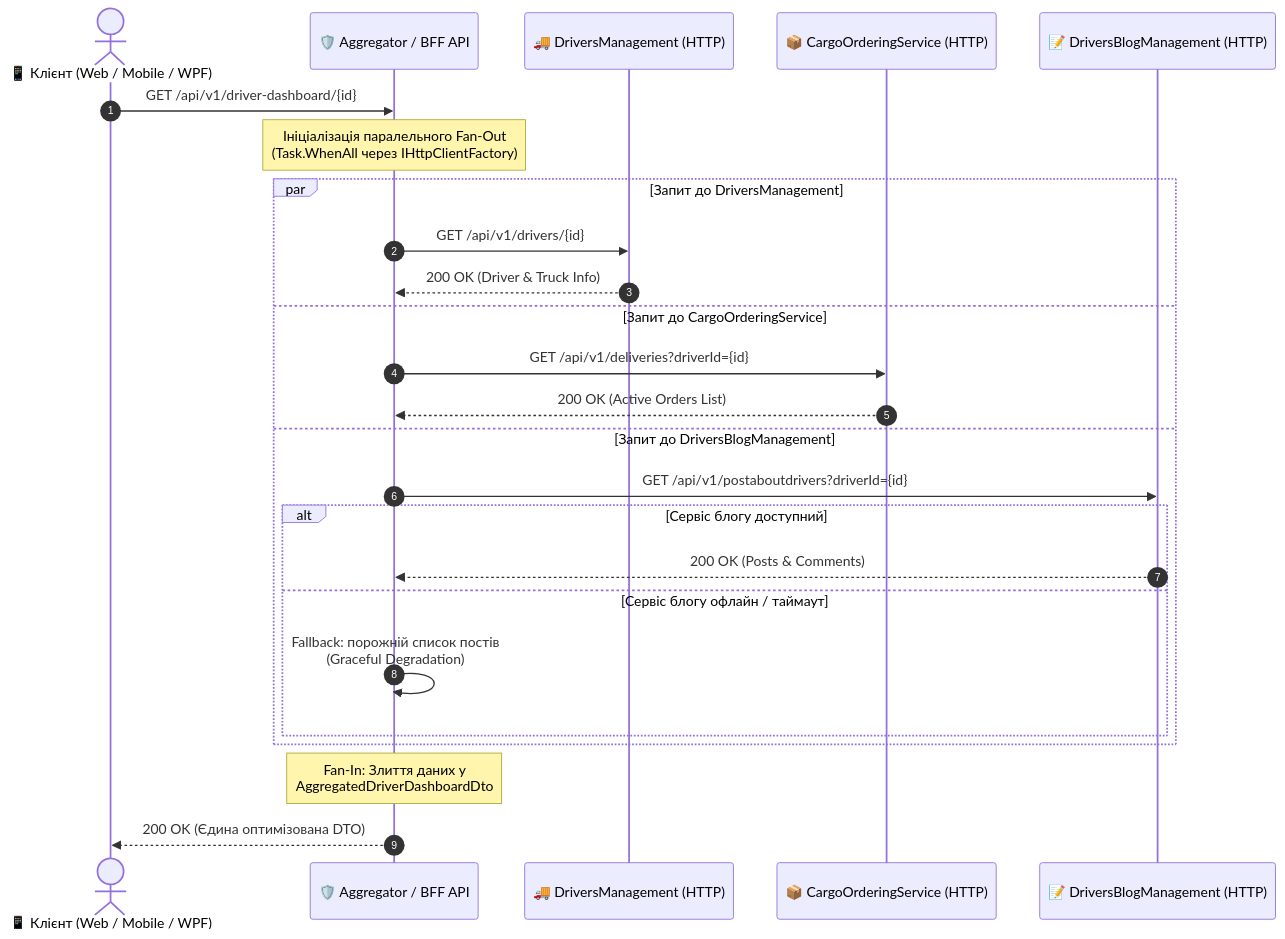
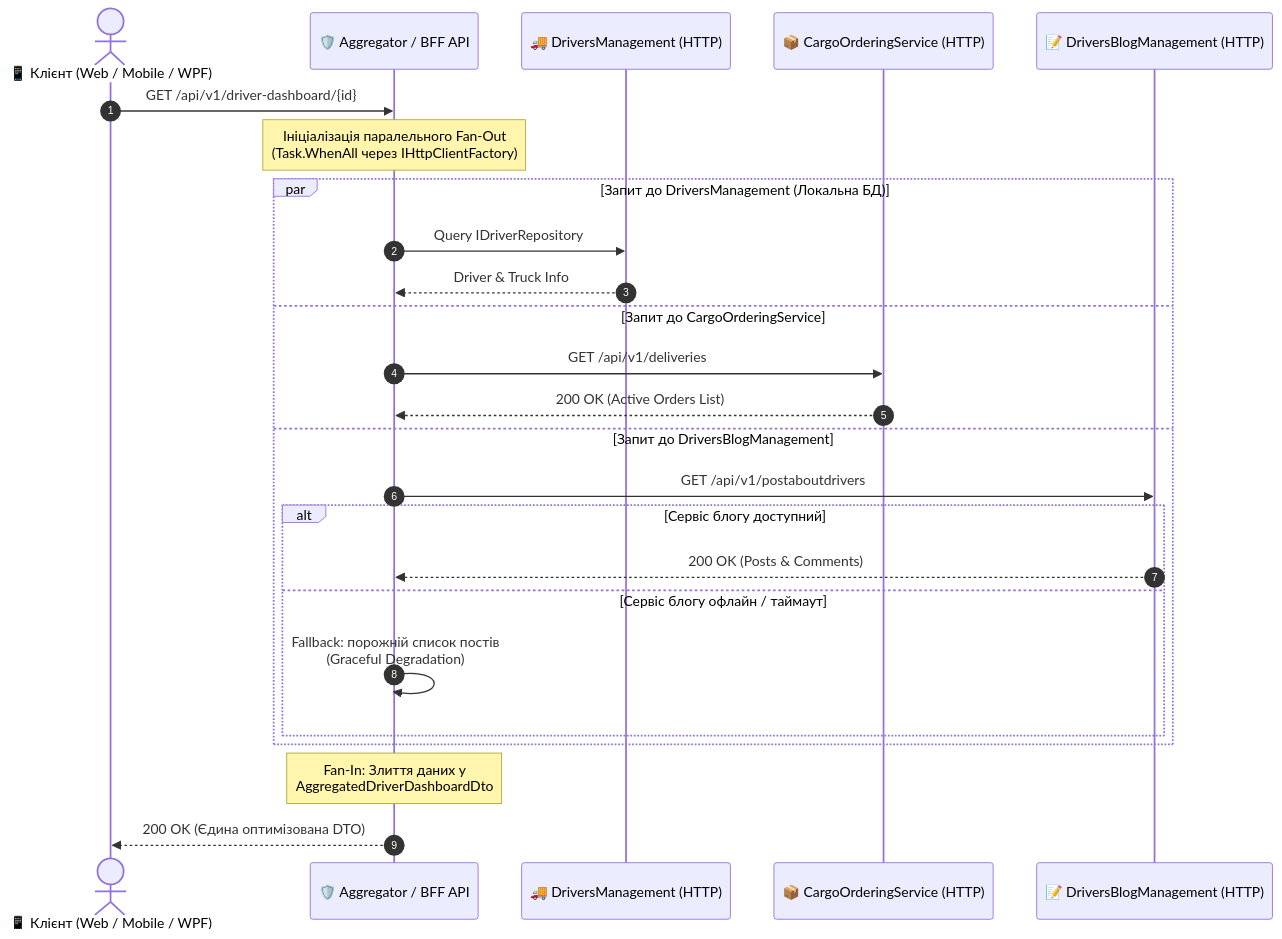
The first of 2 diagrams in 02-Microservices-Craftsman/02-02-Communication-Documentation/02_Patterns_Synchronous_HttpClient_Aggregator_BFF.md (MrTomkaYurii/Demo-CargoDeliveryService), drawn with Mermaid before and after one commit. The commit also changed other lines of this file and 33 other files, not shown here.

Commit message:
feat(communication): complete pedagogical communication guides (HTTP BFF Aggregator, gRPC, MassTransit) with deep diagrams, code buttons, and Ukrainian comments

````diff
--- a/02-Microservices-Craftsman/02-02-Communication-Documentation/02_Patterns_Synchronous_HttpClient_Aggregator_BFF.md
+++ b/02-Microservices-Craftsman/02-02-Communication-Documentation/02_Patterns_Synchronous_HttpClient_Aggregator_BFF.md
@@ -42,30 +44,30 @@
 ```mermaid
 sequenceDiagram
     autonumber
     actor UI as 📱 Клієнт (Web / Mobile / WPF)
     participant Agg as 🛡️ Aggregator / BFF API
     participant DM as 🚚 DriversManagement (HTTP)
     participant CO as 📦 CargoOrderingService (HTTP)
     participant DB as 📝 DriversBlogManagement (HTTP)
 
     UI->>Agg: GET /api/v1/driver-dashboard/{id}
     Note over Agg: Ініціалізація паралельного Fan-Out<br/>(Task.WhenAll через IHttpClientFactory)
 
-    par Запит до DriversManagement
-        Agg->>DM: GET /api/v1/drivers/{id}
-        DM-->>Agg: 200 OK (Driver & Truck Info)
+    par Запит до DriversManagement (Локальна БД)
+        Agg->>DM: Query IDriverRepository
+        DM-->>Agg: Driver & Truck Info
     and Запит до CargoOrderingService
-        Agg->>CO: GET /api/v1/deliveries?driverId={id}
+        Agg->>CO: GET /api/v1/deliveries
         CO-->>Agg: 200 OK (Active Orders List)
     and Запит до DriversBlogManagement
-        Agg->>DB: GET /api/v1/postaboutdrivers?driverId={id}
+        Agg->>DB: GET /api/v1/postaboutdrivers
         alt Сервіс блогу доступний
             DB-->>Agg: 200 OK (Posts & Comments)
         else Сервіс блогу офлайн / таймаут
             Agg->>Agg: Fallback: порожній список постів<br/>(Graceful Degradation)
         end
     end
 
     Note over Agg: Fan-In: Злиття даних у<br/>AggregatedDriverDashboardDto
     Agg-->>UI: 200 OK (Єдина оптимізована DTO)
 ```
````
